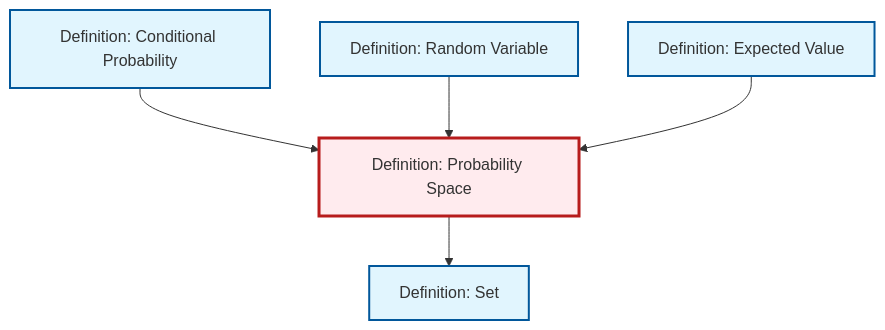
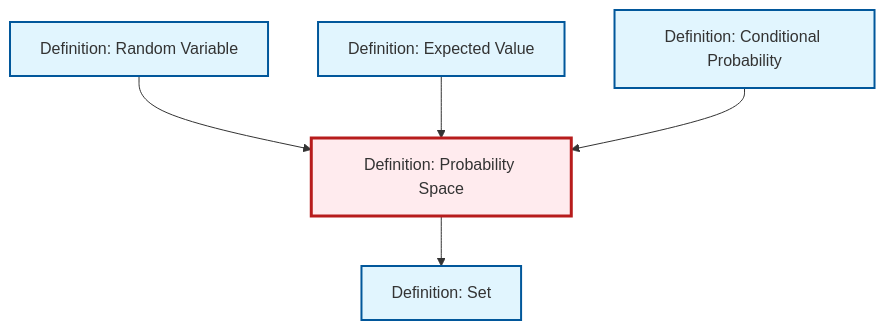
Before and after one commit to RK0429/ModernMath: the diagram in content/ja/probability-statistics/def-probability-space.qmd, drawn with Mermaid. The commit also changed other lines of this file and 417 other files, not shown here.

````diff
--- a/content/ja/probability-statistics/def-probability-space.qmd
+++ b/content/ja/probability-statistics/def-probability-space.qmd
@@ -47,23 +47,23 @@
 ```{mermaid}
 %%| fig-cap: "Local dependency graph"
 graph TD
     classDef definition fill:#e1f5fe,stroke:#01579b,stroke-width:2px
     classDef theorem fill:#f3e5f5,stroke:#4a148c,stroke-width:2px
     classDef axiom fill:#fff3e0,stroke:#e65100,stroke-width:2px
     classDef example fill:#e8f5e9,stroke:#1b5e20,stroke-width:2px
     classDef current fill:#ffebee,stroke:#b71c1c,stroke-width:3px
+    def-expectation["Definition: Expected Value"]:::definition
+    def-probability-space["Definition: Probability Space"]:::definition
     def-set["Definition: Set"]:::definition
+    def-random-variable["Definition: Random Variable"]:::definition
     def-conditional-probability["Definition: Conditional Probability"]:::definition
-    def-random-variable["Definition: Random Variable"]:::definition
-    def-probability-space["Definition: Probability Space"]:::definition
-    def-expectation["Definition: Expected Value"]:::definition
-    def-conditional-probability --> def-probability-space
     def-random-variable --> def-probability-space
     def-probability-space --> def-set
     def-expectation --> def-probability-space
+    def-conditional-probability --> def-probability-space
     class def-probability-space current
+    click def-expectation "def-expectation.html" "Definition: Expected Valueへ"
     click def-set "def-set.html" "Definition: Setへ"
+    click def-random-variable "def-random-variable.html" "Definition: Random Variableへ"
     click def-conditional-probability "def-conditional-probability.html" "Definition: Conditional Probabilityへ"
-    click def-random-variable "def-random-variable.html" "Definition: Random Variableへ"
-    click def-expectation "def-expectation.html" "Definition: Expected Valueへ"
 ```
````
